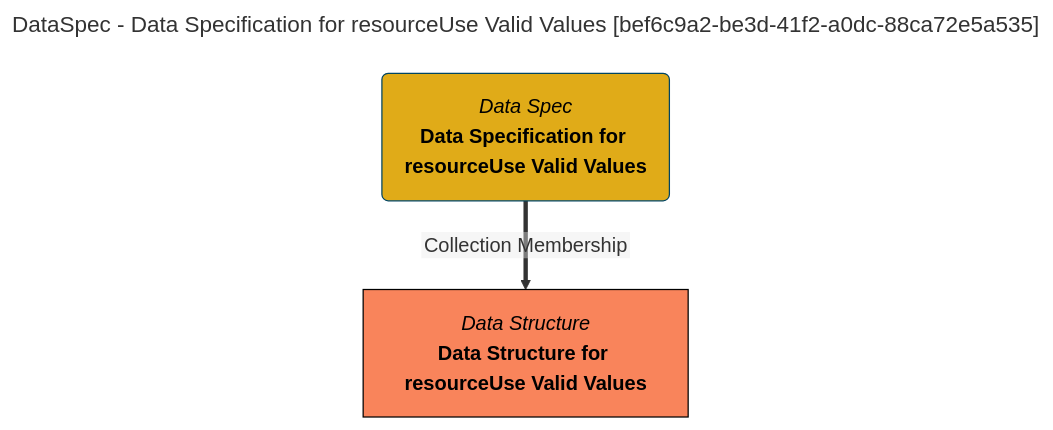
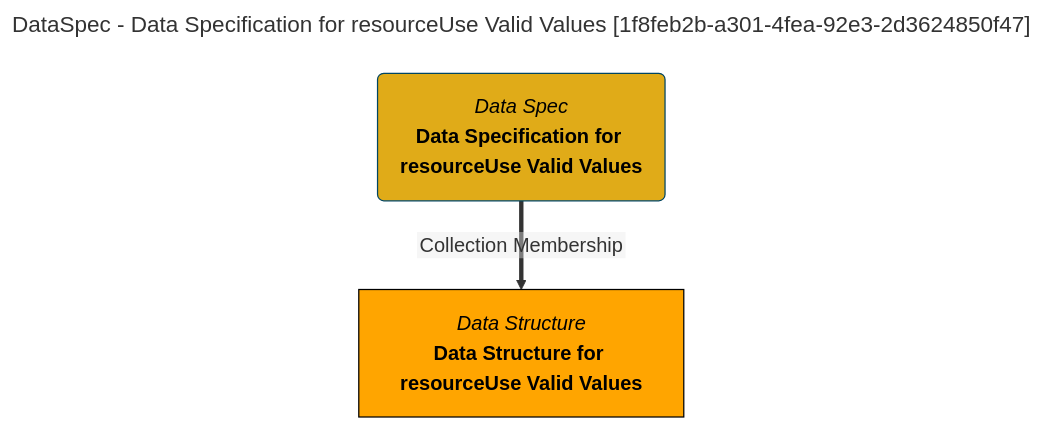
The diagram in site/snippets/collections/data-specs/data-specification-for-resourceuse-valid-values-mermaid-graph.md (odpi/egeria-docs), drawn with Mermaid before and after one commit. The commit also changed 2201 other files, not shown here.

````diff
--- a/site/snippets/collections/data-specs/data-specification-for-resourceuse-valid-values-mermaid-graph.md
+++ b/site/snippets/collections/data-specs/data-specification-for-resourceuse-valid-values-mermaid-graph.md
@@ -1,15 +1,15 @@
 ```mermaid
 ---
-title: DataSpec - Data Specification for resourceUse Valid Values [bef6c9a2-be3d-41f2-a0dc-88ca72e5a535]
+title: DataSpec - Data Specification for resourceUse Valid Values [1f8feb2b-a301-4fea-92e3-2d3624850f47]
 ---
 flowchart TD
 %%{init: {"flowchart": {"htmlLabels": false}} }%%
 
 1@{ shape: rounded, label: "*Data Spec*
 **Data Specification for resourceUse Valid Values**"}
 2@{ shape: rect, label: "*Data Structure*
 **Data Structure for resourceUse Valid Values**"}
 1==>|"Collection Membership"|2
 style 1 color:#000000, fill:#e0ab18, stroke:#004563
-style 2 color:#000000, fill:#f9845b, stroke:#000000
+style 2 color:#000000, fill:#FFA500, stroke:#000000
 ```
````
